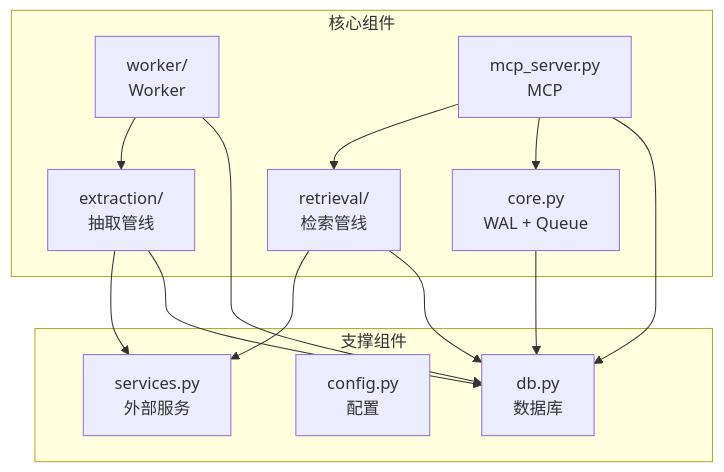
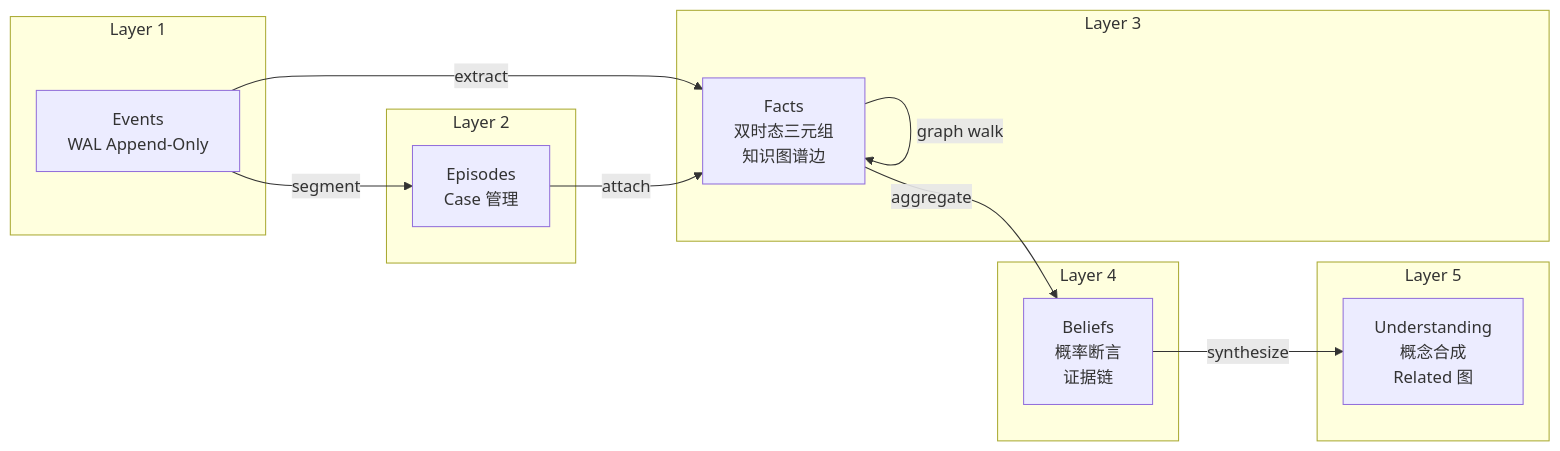
The fourth of 6 diagrams in source/chapters/13-architecture-diagrams.md (pty819/cortex-py-book), drawn with Mermaid before and after one commit. The commit also changed other lines of this file and 18 other files, not shown here.

First line of the commit message:
docs: refresh book with latest cortex-py architecture

````diff
--- a/source/chapters/13-architecture-diagrams.md
+++ b/source/chapters/13-architecture-diagrams.md
@@ -224,28 +123,25 @@
 ```{mermaid}
-graph TB
-    subgraph "核心组件"
-        CORE[core.py<br/>WAL + Queue]
-        EXT[extraction/<br/>抽取管线]
-        RET[retrieval/<br/>检索管线]
-        WORK[worker/<br/>Worker]
-        MCP[mcp_server.py<br/>MCP]
+graph LR
+    subgraph Layer 1
+        E[Events<br/>WAL Append-Only]
+    end
+    subgraph Layer 2
+        EP[Episodes<br/>Case 管理]
+    end
+    subgraph Layer 3
+        F[Facts<br/>双时态三元组<br/>知识图谱边]
+    end
+    subgraph Layer 4
+        B[Beliefs<br/>概率断言<br/>证据链]
+    end
+    subgraph Layer 5
+        U[Understanding<br/>概念合成<br/>Related 图]
     end
     
-    subgraph "支撑组件"
-        SVC[services.py<br/>外部服务]
-        CFG[config.py<br/>配置]
-        DB[db.py<br/>数据库]
-    end
-    
-    CORE --> DB
-    EXT --> DB
-    RET --> DB
-    WORK --> DB
-    MCP --> DB
-    
-    EXT --> SVC
-    RET --> SVC
-    MCP --> CORE
-    MCP --> RET
-    WORK --> EXT
+    E -->|extract| F
+    E -->|segment| EP
+    EP -->|attach| F
+    F -->|aggregate| B
+    B -->|synthesize| U
+    F -->|graph walk| F
 ```
````
